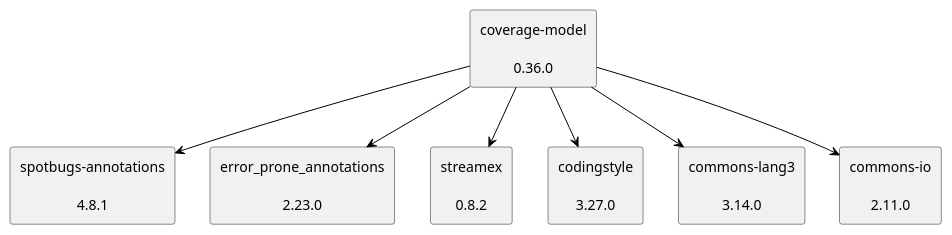
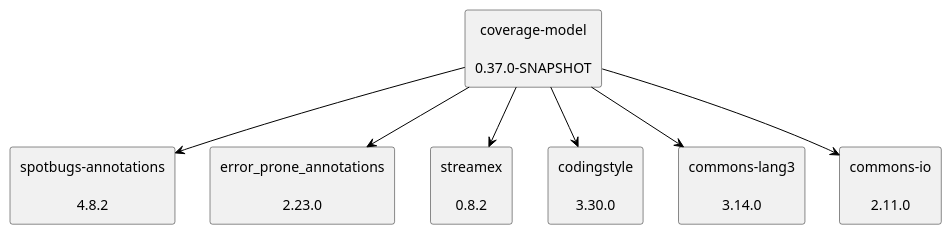
Before and after one commit to jenkinsci/coverage-model: the diagram in doc/dependency-graph.puml, drawn with PlantUML. The commit also changed 1 other file, not shown here.

```diff
--- a/doc/dependency-graph.puml
+++ b/doc/dependency-graph.puml
@@ -1,22 +1,22 @@
 @startuml
 skinparam defaultTextAlignment center
 skinparam rectangle {
   BackgroundColor<<optional>> beige
   BackgroundColor<<test>> lightGreen
   BackgroundColor<<runtime>> lightBlue
   BackgroundColor<<provided>> lightGray
 }
-rectangle "coverage-model\n\n0.36.0" as edu_hm_hafner_coverage_model_jar
-rectangle "spotbugs-annotations\n\n4.8.1" as com_github_spotbugs_spotbugs_annotations_jar
+rectangle "coverage-model\n\n0.37.0-SNAPSHOT" as edu_hm_hafner_coverage_model_jar
+rectangle "spotbugs-annotations\n\n4.8.2" as com_github_spotbugs_spotbugs_annotations_jar
 rectangle "error_prone_annotations\n\n2.23.0" as com_google_errorprone_error_prone_annotations_jar
 rectangle "streamex\n\n0.8.2" as one_util_streamex_jar
-rectangle "codingstyle\n\n3.27.0" as edu_hm_hafner_codingstyle_jar
+rectangle "codingstyle\n\n3.30.0" as edu_hm_hafner_codingstyle_jar
 rectangle "commons-lang3\n\n3.14.0" as org_apache_commons_commons_lang3_jar
 rectangle "commons-io\n\n2.11.0" as commons_io_commons_io_jar
 edu_hm_hafner_coverage_model_jar -[#000000]-> com_github_spotbugs_spotbugs_annotations_jar
 edu_hm_hafner_coverage_model_jar -[#000000]-> com_google_errorprone_error_prone_annotations_jar
 edu_hm_hafner_coverage_model_jar -[#000000]-> one_util_streamex_jar
 edu_hm_hafner_coverage_model_jar -[#000000]-> edu_hm_hafner_codingstyle_jar
 edu_hm_hafner_coverage_model_jar -[#000000]-> org_apache_commons_commons_lang3_jar
 edu_hm_hafner_coverage_model_jar -[#000000]-> commons_io_commons_io_jar
 @enduml
```
